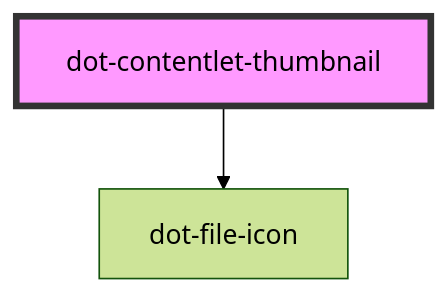
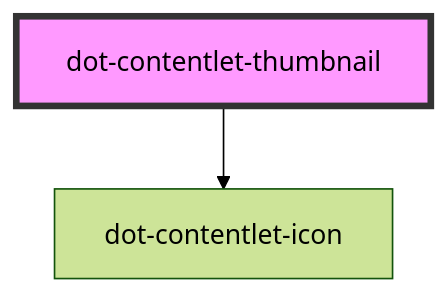
One commit to dotCMS/dotcms-webcomponents changed the diagram in src/elements/dot-contentlet-thumbnail/readme.md. Above: the diagram before and after it, drawn with Mermaid (forest theme). The commit also changed other lines of this file and 6 other files, not shown here.

````diff
--- a/src/elements/dot-contentlet-thumbnail/readme.md
+++ b/src/elements/dot-contentlet-thumbnail/readme.md
@@ -25,5 +26,5 @@
 ```mermaid
 graph TD;
-  dot-contentlet-thumbnail --> dot-file-icon
+  dot-contentlet-thumbnail --> dot-contentlet-icon
   style dot-contentlet-thumbnail fill:#f9f,stroke:#333,stroke-width:4px
 ```
````
